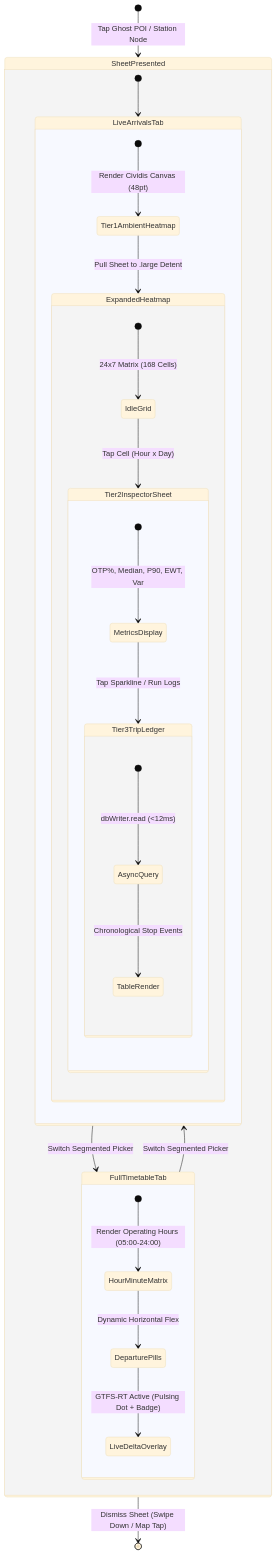
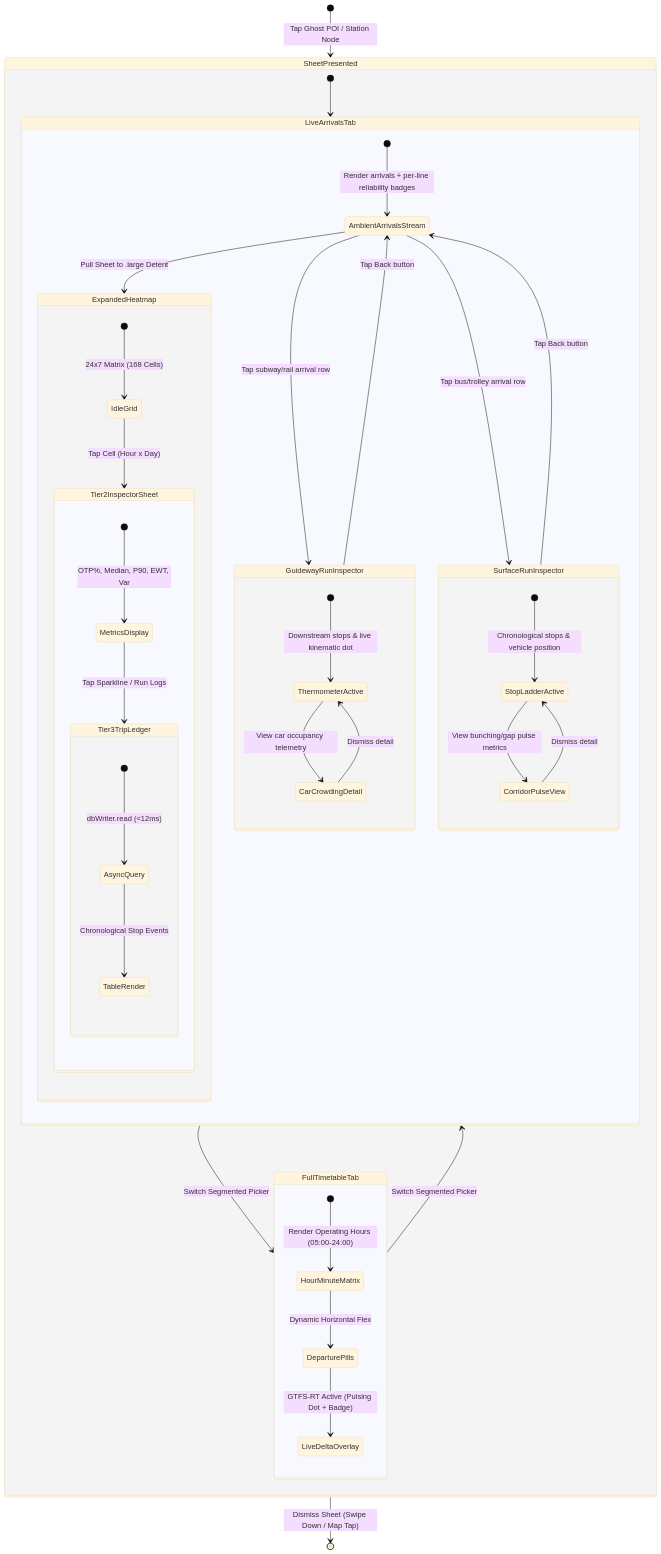
The fifth of 9 diagrams in docs/diagrams.md (walshkang/derivee), drawn with Mermaid (base theme) before and after one commit. The commit also changed other lines of this file and 4 other files, not shown here.

````diff
--- a/docs/diagrams.md
+++ b/docs/diagrams.md
@@ -651,39 +684,56 @@
 ```mermaid
 stateDiagram-v2
     [*] --> SheetPresented: Tap Ghost POI / Station Node
     
     state SheetPresented {
         [*] --> LiveArrivalsTab
         
         state LiveArrivalsTab {
-            [*] --> Tier1AmbientHeatmap: Render Cividis Canvas (48pt)
-            Tier1AmbientHeatmap --> ExpandedHeatmap: Pull Sheet to .large Detent
+            [*] --> AmbientArrivalsStream: Render arrivals + per-line reliability badges
+            AmbientArrivalsStream --> ExpandedHeatmap: Pull Sheet to .large Detent
+            AmbientArrivalsStream --> GuidewayRunInspector: Tap subway/rail arrival row
+            AmbientArrivalsStream --> SurfaceRunInspector: Tap bus/trolley arrival row
+
+            state GuidewayRunInspector {
+                [*] --> ThermometerActive: Downstream stops & live kinematic dot
+                ThermometerActive --> CarCrowdingDetail: View car occupancy telemetry
+                CarCrowdingDetail --> ThermometerActive: Dismiss detail
+            }
+
+            state SurfaceRunInspector {
+                [*] --> StopLadderActive: Chronological stops & vehicle position
+                StopLadderActive --> CorridorPulseView: View bunching/gap pulse metrics
+                CorridorPulseView --> StopLadderActive: Dismiss detail
+            }
+
+            GuidewayRunInspector --> AmbientArrivalsStream: Tap Back button
+            SurfaceRunInspector --> AmbientArrivalsStream: Tap Back button
             
             state ExpandedHeatmap {
                 [*] --> IdleGrid: 24x7 Matrix (168 Cells)
                 IdleGrid --> Tier2InspectorSheet: Tap Cell (Hour x Day)
                 
                 state Tier2InspectorSheet {
                     [*] --> MetricsDisplay: OTP%, Median, P90, EWT, Var
                     MetricsDisplay --> Tier3TripLedger: Tap Sparkline / Run Logs
                     
                     state Tier3TripLedger {
                         [*] --> AsyncQuery: dbWriter.read (<12ms)
                         AsyncQuery --> TableRender: Chronological Stop Events
                     }
                 }
             }
         }
         
         state FullTimetableTab {
             [*] --> HourMinuteMatrix: Render Operating Hours (05:00-24:00)
             HourMinuteMatrix --> DeparturePills: Dynamic Horizontal Flex
             DeparturePills --> LiveDeltaOverlay: GTFS-RT Active (Pulsing Dot + Badge)
         }
         
         LiveArrivalsTab --> FullTimetableTab: Switch Segmented Picker
         FullTimetableTab --> LiveArrivalsTab: Switch Segmented Picker
     }
     
     SheetPresented --> [*]: Dismiss Sheet (Swipe Down / Map Tap)
 ```
````
